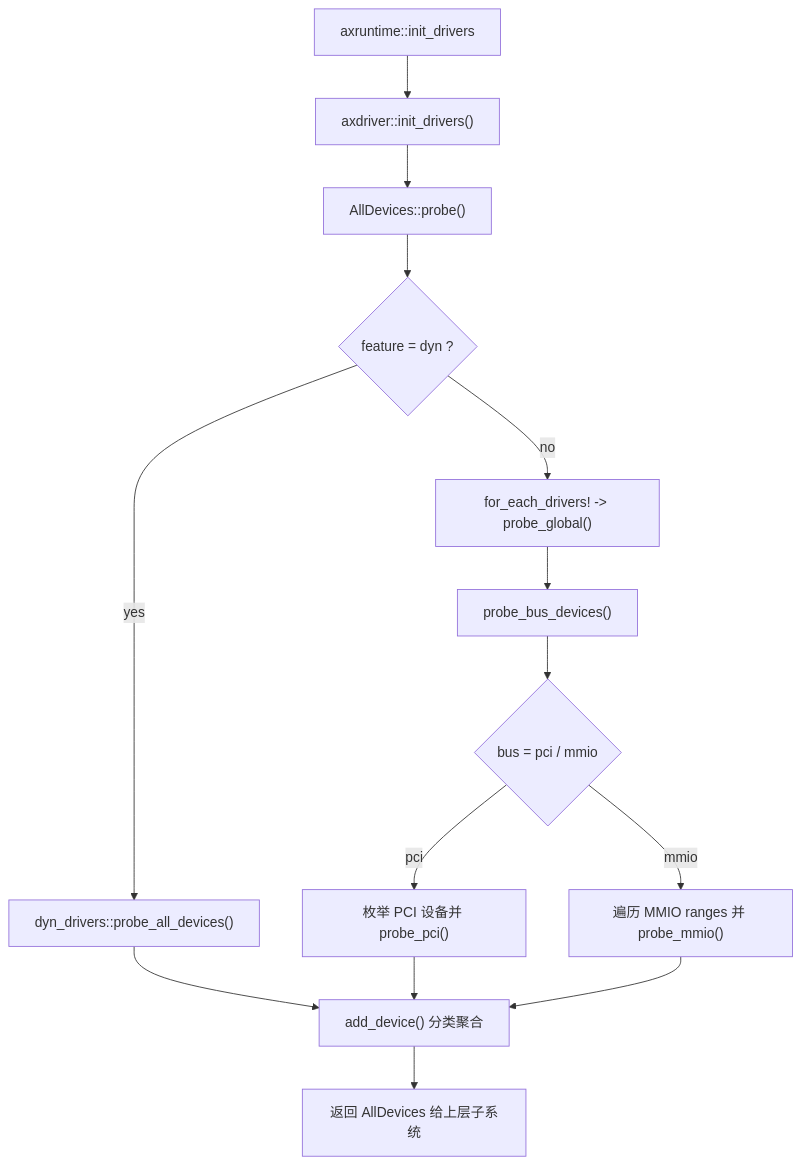
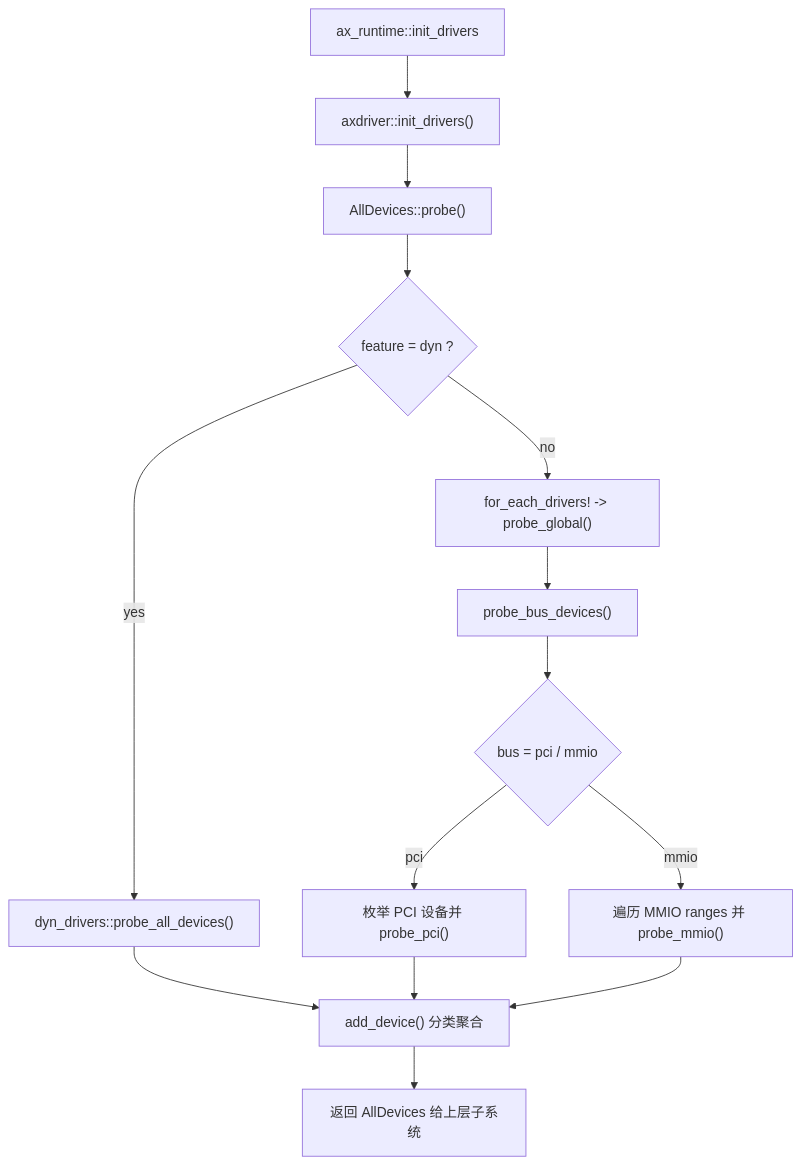
Before and after one commit to zKurisu/tgoskits: the first of 2 diagrams in docs/crates/axdriver.md, drawn with Mermaid. The commit also changed other lines of this file and 69 other files, not shown here.

Commit message:
rename axruntime to ax-runtime

````diff
--- a/docs/crates/axdriver.md
+++ b/docs/crates/axdriver.md
@@ -46,16 +46,16 @@
 ```mermaid
 flowchart TD
-    A["axruntime::init_drivers"] --> B["axdriver::init_drivers()"]
+    A["ax_runtime::init_drivers"] --> B["axdriver::init_drivers()"]
     B --> C["AllDevices::probe()"]
     C --> D{"feature = dyn ?"}
     D -- yes --> E["dyn_drivers::probe_all_devices()"]
     D -- no --> F["for_each_drivers! -> probe_global()"]
     F --> G["probe_bus_devices()"]
     G --> H{"bus = pci / mmio"}
     H -- pci --> I["枚举 PCI 设备并 probe_pci()"]
     H -- mmio --> J["遍历 MMIO ranges 并 probe_mmio()"]
     E --> K["add_device() 分类聚合"]
     I --> K
     J --> K
     K --> L["返回 AllDevices 给上层子系统"]
 ```
````
